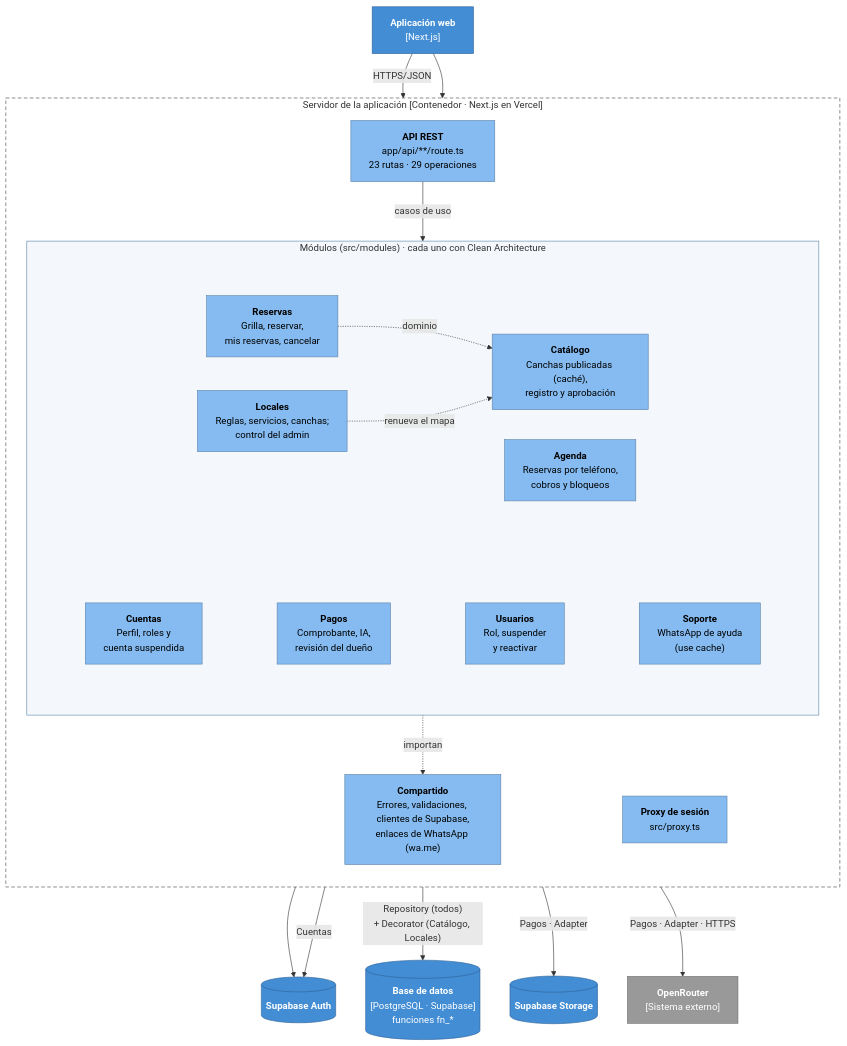
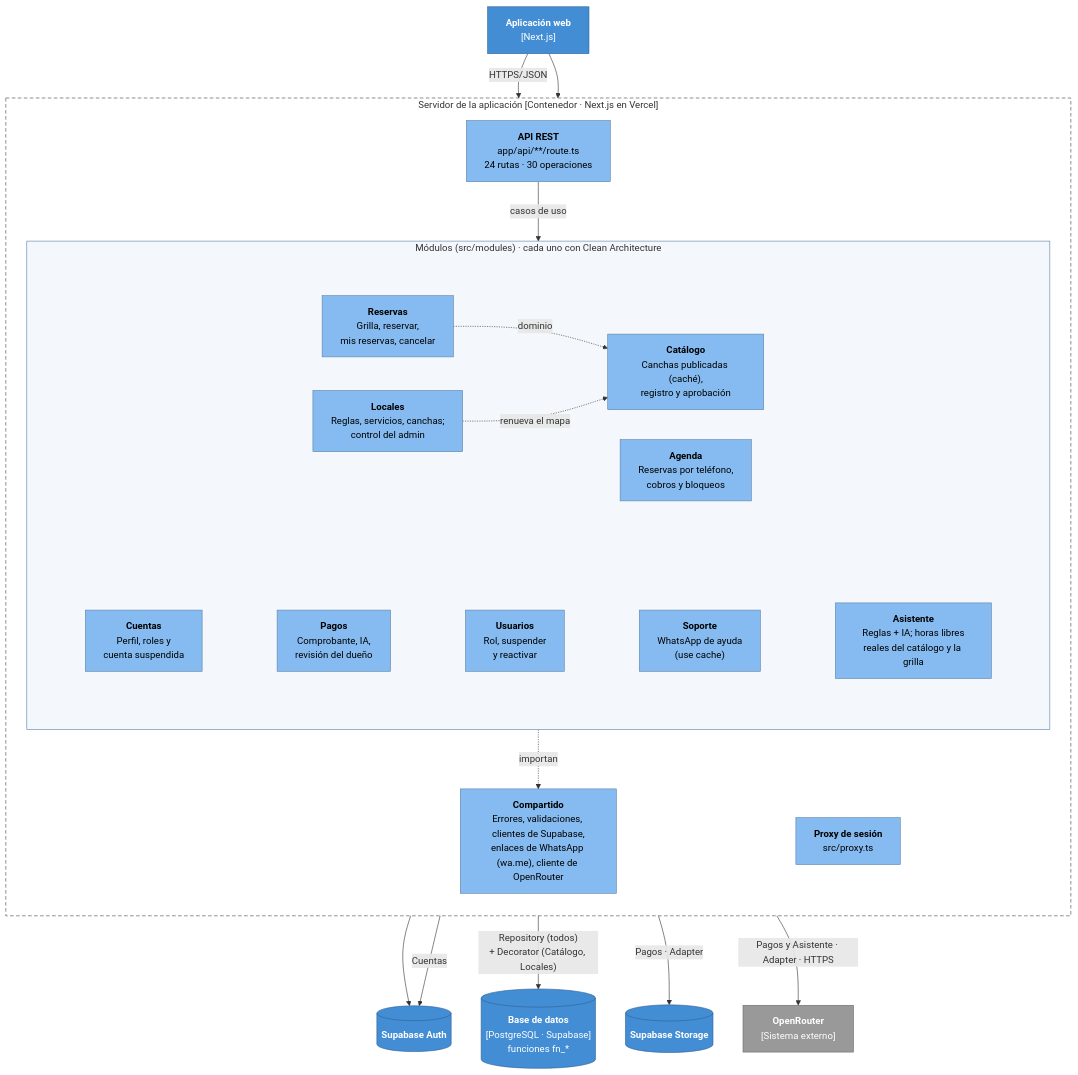
The diagram in img/fuentes-svg/nivel3-componentes.mmd (edhtsprado27-bit/ReservaYa-Ayacucho), drawn with Mermaid before and after one commit. The commit also changed 33 other files, not shown here.

Commit message:
docs: spec 013, ADR-015 y documentos y diagramas actualizados con el asistente

```diff
--- a/img/fuentes-svg/nivel3-componentes.mmd
+++ b/img/fuentes-svg/nivel3-componentes.mmd
@@ -1,56 +1,57 @@
 flowchart TB
     web["<b>Aplicación web</b><br/>[Next.js]"]
 
     subgraph srv["Servidor de la aplicación [Contenedor · Next.js en Vercel]"]
         direction TB
-        rest["<b>API REST</b><br/>app/api/**/route.ts<br/>23 rutas · 29 operaciones"]
+        rest["<b>API REST</b><br/>app/api/**/route.ts<br/>24 rutas · 30 operaciones"]
         proxy["<b>Proxy de sesión</b><br/>src/proxy.ts"]
         subgraph mods["Módulos (src/modules) · cada uno con Clean Architecture"]
             direction TB
             subgraph fila1[" "]
                 direction LR
                 reservas["<b>Reservas</b><br/>Grilla, reservar,<br/>mis reservas, cancelar"]
                 locales["<b>Locales</b><br/>Reglas, servicios, canchas;<br/>control del admin"]
                 catalogo["<b>Catálogo</b><br/>Canchas publicadas (caché),<br/>registro y aprobación"]
                 agenda["<b>Agenda</b><br/>Reservas por teléfono,<br/>cobros y bloqueos"]
                 reservas -. "dominio" .-> catalogo
                 locales -. "renueva el mapa" .-> catalogo
             end
             subgraph fila2[" "]
                 direction LR
                 cuentas["<b>Cuentas</b><br/>Perfil, roles y<br/>cuenta suspendida"]
                 pagos["<b>Pagos</b><br/>Comprobante, IA,<br/>revisión del dueño"]
                 usuarios["<b>Usuarios</b><br/>Rol, suspender<br/>y reactivar"]
                 soporte["<b>Soporte</b><br/>WhatsApp de ayuda<br/>(use cache)"]
-                cuentas ~~~ pagos ~~~ usuarios ~~~ soporte
+                asistente["<b>Asistente</b><br/>Reglas + IA; horas libres<br/>reales del catálogo y la grilla"]
+                cuentas ~~~ pagos ~~~ usuarios ~~~ soporte ~~~ asistente
             end
             fila1 ~~~ fila2
         end
-        comp["<b>Compartido</b><br/>Errores, validaciones, clientes de Supabase,<br/>enlaces de WhatsApp (wa.me)"]
+        comp["<b>Compartido</b><br/>Errores, validaciones, clientes de Supabase,<br/>enlaces de WhatsApp (wa.me), cliente de OpenRouter"]
     end
 
     bd[("<b>Base de datos</b><br/>[PostgreSQL · Supabase]<br/>funciones fn_*")]
     auth[("<b>Supabase Auth</b>")]
     storage[("<b>Supabase Storage</b>")]
     openrouter["<b>OpenRouter</b><br/>[Sistema externo]"]
 
     web -- "HTTPS/JSON" --> rest
     web --> proxy
     rest -- "casos de uso" --> mods
     mods -. "importan" .-> comp
     mods -- "Repository (todos)<br/>+ Decorator (Catálogo, Locales)" --> bd
     mods -- "Pagos · Adapter" --> storage
-    mods -- "Pagos · Adapter · HTTPS" --> openrouter
+    mods -- "Pagos y Asistente · Adapter · HTTPS" --> openrouter
     mods -- "Cuentas" --> auth
     proxy --> auth
 
     classDef contenedor fill:#438dd5,stroke:#2e6295,color:#fff
     classDef componente fill:#85bbf0,stroke:#5d82a8,color:#000
     classDef externo fill:#999999,stroke:#6b6b6b,color:#fff
     class web,bd,auth,storage contenedor
-    class rest,proxy,cuentas,catalogo,reservas,pagos,agenda,locales,usuarios,soporte,comp componente
+    class rest,proxy,cuentas,catalogo,reservas,pagos,agenda,locales,usuarios,soporte,asistente,comp componente
     class openrouter externo
     style srv fill:none,stroke:#444,stroke-dasharray:6 4
     style mods fill:#f4f8fc,stroke:#5d82a8
     style fila1 fill:none,stroke:none
     style fila2 fill:none,stroke:none
```
